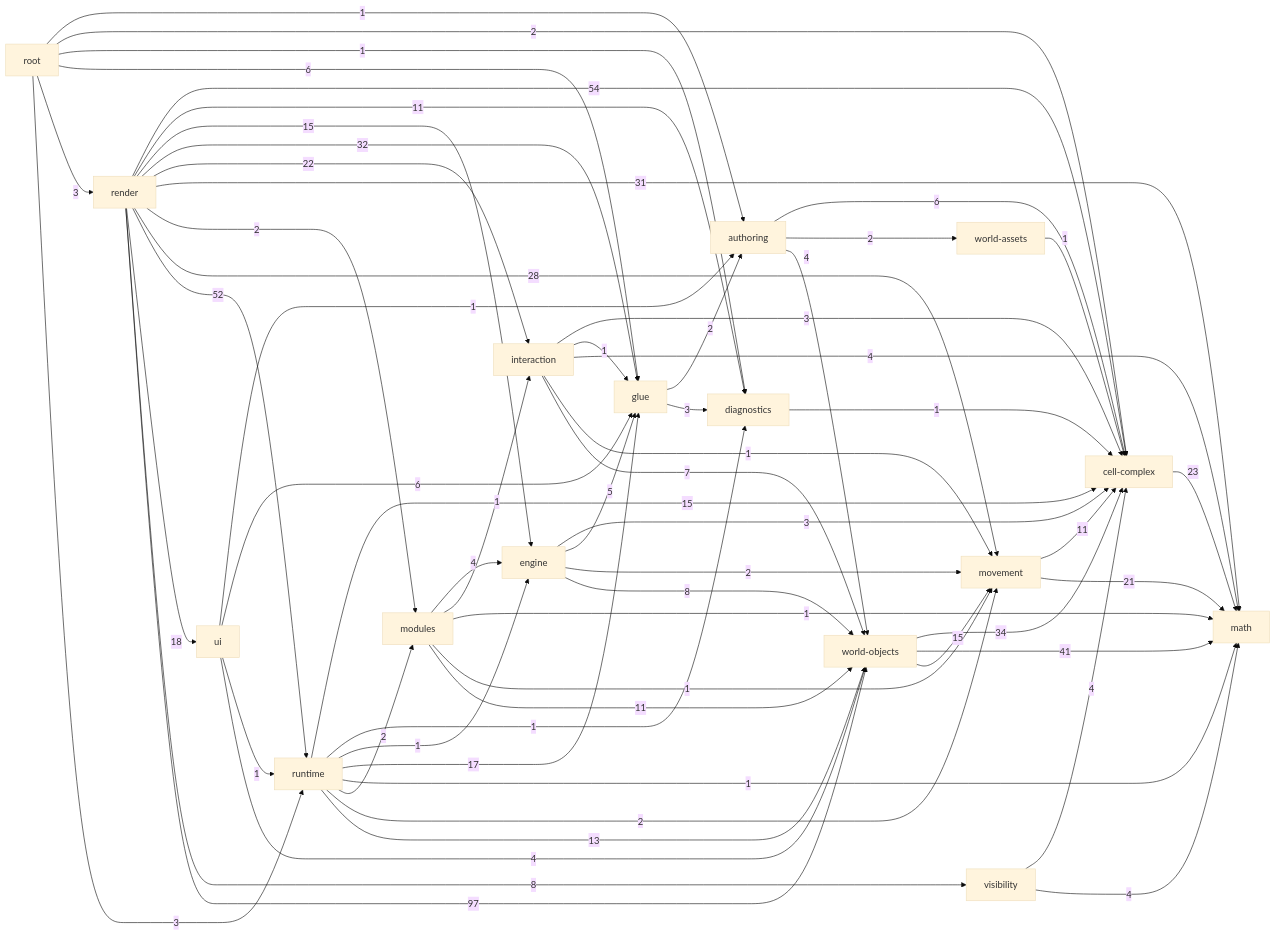
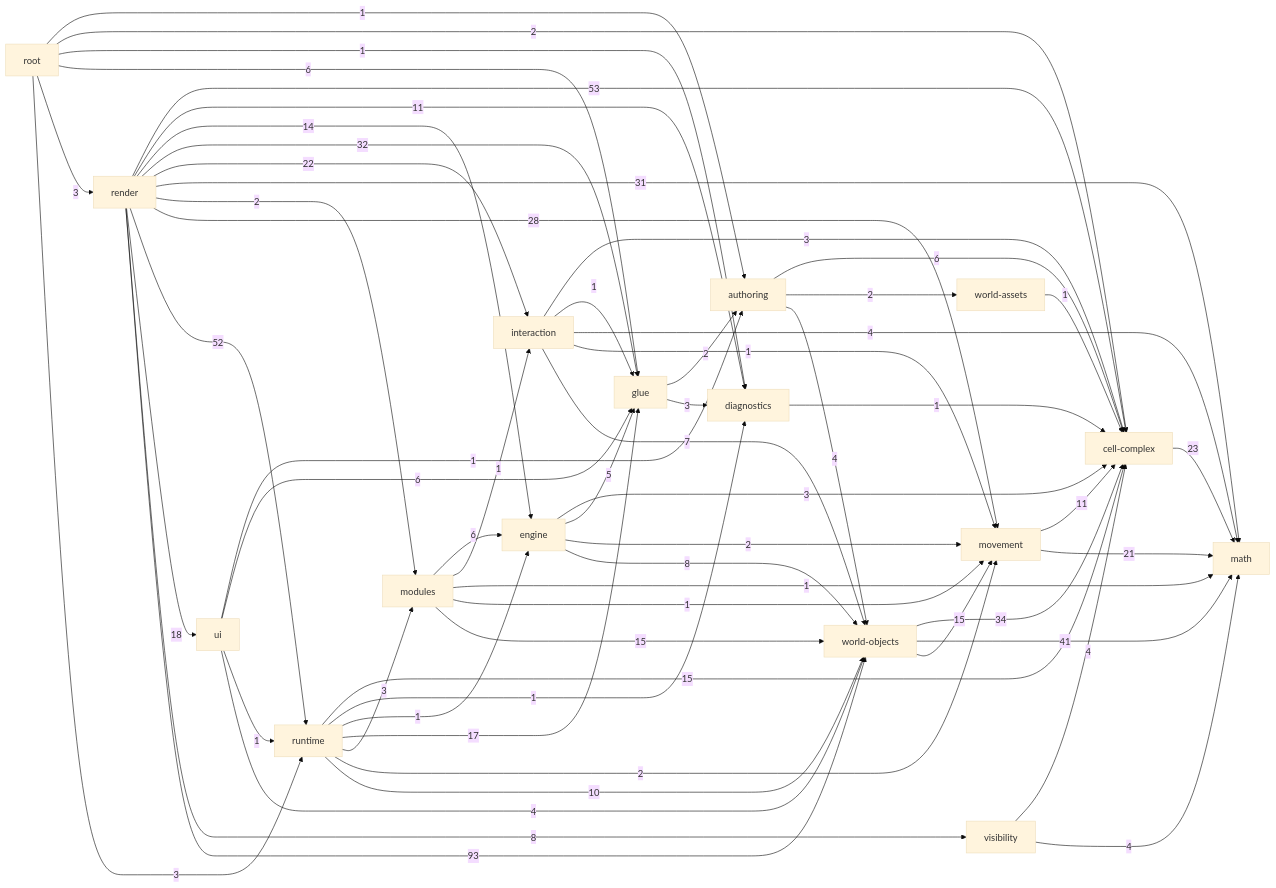
One commit to guraltsev/noneuclid-fpv changed the diagram in _docs/generated/ARCHITECTURE_REFERENCE.md. Above: the diagram before and after it, drawn with Mermaid (base theme). The commit also changed other lines of this file and 40 other files, not shown here.

````diff
--- a/_docs/generated/ARCHITECTURE_REFERENCE.md
+++ b/_docs/generated/ARCHITECTURE_REFERENCE.md
@@ -37,78 +37,77 @@
 ```mermaid
 flowchart LR
   math["math"]
   cell_complex["cell-complex"]
   diagnostics["diagnostics"]
   visibility["visibility"]
   movement["movement"]
   world_assets["world-assets"]
   world_objects["world-objects"]
   authoring["authoring"]
   glue["glue"]
   interaction["interaction"]
   engine["engine"]
   modules["modules"]
   runtime["runtime"]
   ui["ui"]
   render["render"]
   root["root"]
   authoring -->|6| cell_complex
   authoring -->|2| world_assets
   authoring -->|4| world_objects
   cell_complex -->|23| math
   diagnostics -->|1| cell_complex
   engine -->|3| cell_complex
   engine -->|5| glue
   engine -->|2| movement
   engine -->|8| world_objects
   glue -->|2| authoring
   glue -->|3| diagnostics
   interaction -->|3| cell_complex
   interaction -->|1| glue
   interaction -->|4| math
   interaction -->|1| movement
   interaction -->|7| world_objects
-  modules -->|4| engine
+  modules -->|6| engine
   modules -->|1| interaction
   modules -->|1| math
   modules -->|1| movement
-  modules -->|11| world_objects
+  modules -->|15| world_objects
   movement -->|11| cell_complex
   movement -->|21| math
-  render -->|54| cell_complex
+  render -->|53| cell_complex
   render -->|11| diagnostics
-  render -->|15| engine
+  render -->|14| engine
   render -->|32| glue
   render -->|22| interaction
   render -->|31| math
   render -->|2| modules
   render -->|28| movement
   render -->|52| runtime
   render -->|18| ui
   render -->|8| visibility
-  render -->|97| world_objects
+  render -->|93| world_objects
   root -->|1| authoring
   root -->|2| cell_complex
   root -->|1| diagnostics
   root -->|6| glue
   root -->|3| render
   root -->|3| runtime
   runtime -->|15| cell_complex
   runtime -->|1| diagnostics
   runtime -->|1| engine
   runtime -->|17| glue
-  runtime -->|1| math
-  runtime -->|2| modules
+  runtime -->|3| modules
   runtime -->|2| movement
-  runtime -->|13| world_objects
+  runtime -->|10| world_objects
   ui -->|1| authoring
   ui -->|6| glue
   ui -->|1| runtime
   ui -->|4| world_objects
   visibility -->|4| cell_complex
   visibility -->|4| math
   world_assets -->|1| cell_complex
   world_objects -->|34| cell_complex
   world_objects -->|41| math
   world_objects -->|15| movement
 ```
````
